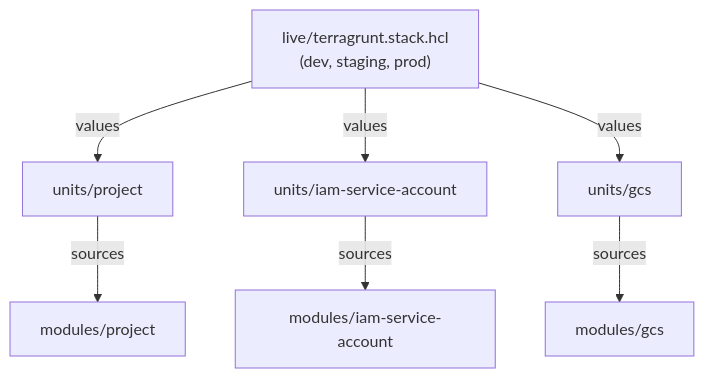
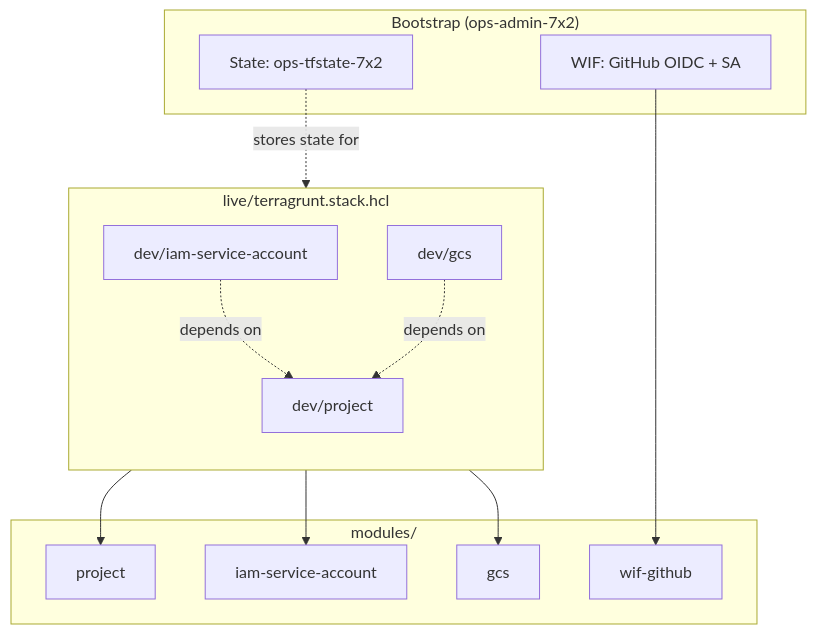
One commit to Chopsticks13/gcp-foundation-modules changed the diagram in README.md. Above: the diagram before and after it, drawn with Mermaid. The commit also changed other lines of this file, not shown here.

Commit message:
docs: refresh README with badges, architecture diagram, and module table

````diff
--- a/README.md
+++ b/README.md
@@ -36,10 +13,29 @@
 ```mermaid
 flowchart TD
-  live["live/terragrunt.stack.hcl<br/>(dev, staging, prod)"]
-  live -->|values| up["units/project"]
-  live -->|values| usa["units/iam-service-account"]
-  live -->|values| ugcs["units/gcs"]
-  up -->|sources| mp["modules/project"]
-  usa -->|sources| msa["modules/iam-service-account"]
-  ugcs -->|sources| mgcs["modules/gcs"]
+  subgraph bootstrap["Bootstrap (ops-admin-7x2)"]
+    wif["WIF: GitHub OIDC + SA"]
+    bucket["State: ops-tfstate-7x2"]
+  end
+
+  subgraph live["live/terragrunt.stack.hcl"]
+    direction TB
+    dev_proj["dev/project"]
+    dev_sa["dev/iam-service-account"]
+    dev_gcs["dev/gcs"]
+  end
+
+  subgraph modules["modules/"]
+    m_proj["project"]
+    m_sa["iam-service-account"]
+    m_gcs["gcs"]
+    m_wif["wif-github"]
+  end
+
+  wif --> m_wif
+  dev_proj --> m_proj
+  dev_sa --> m_sa
+  dev_gcs --> m_gcs
+  dev_sa -.->|depends on| dev_proj
+  dev_gcs -.->|depends on| dev_proj
+  bucket -.->|stores state for| live
 ```
````
